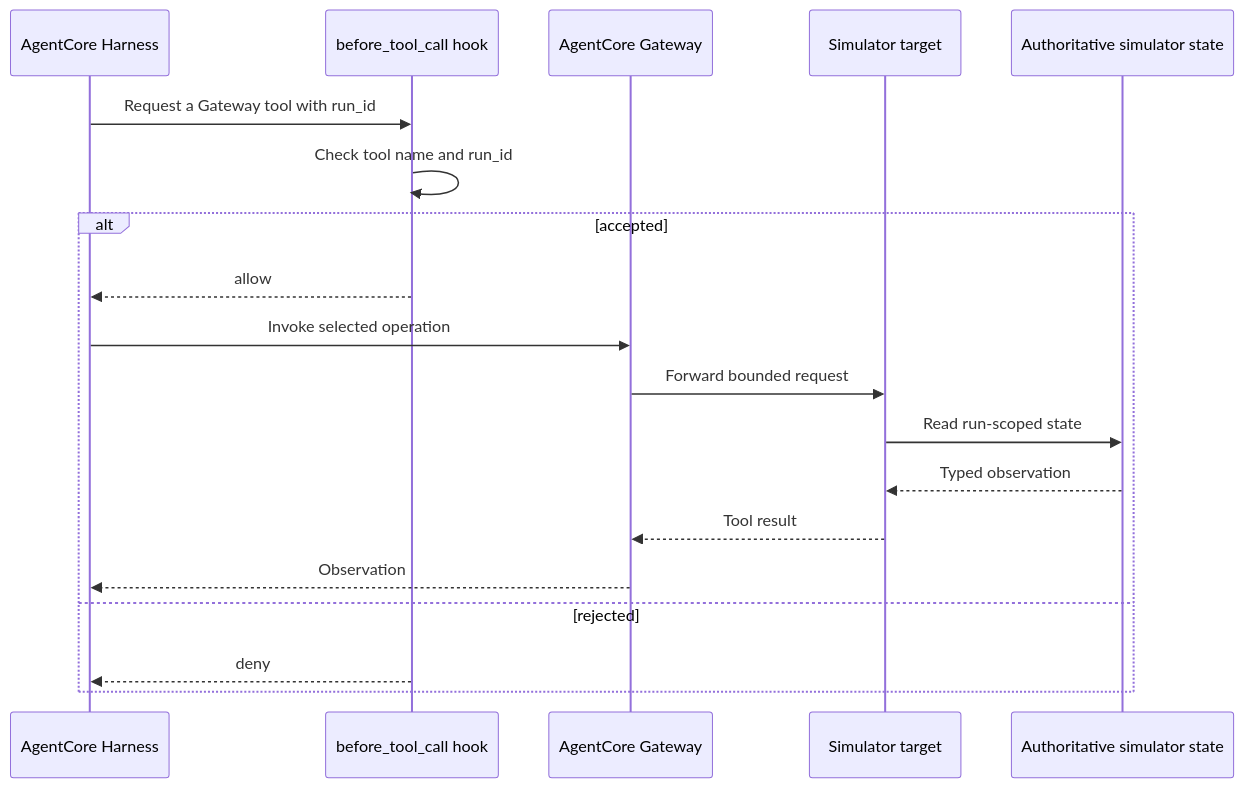
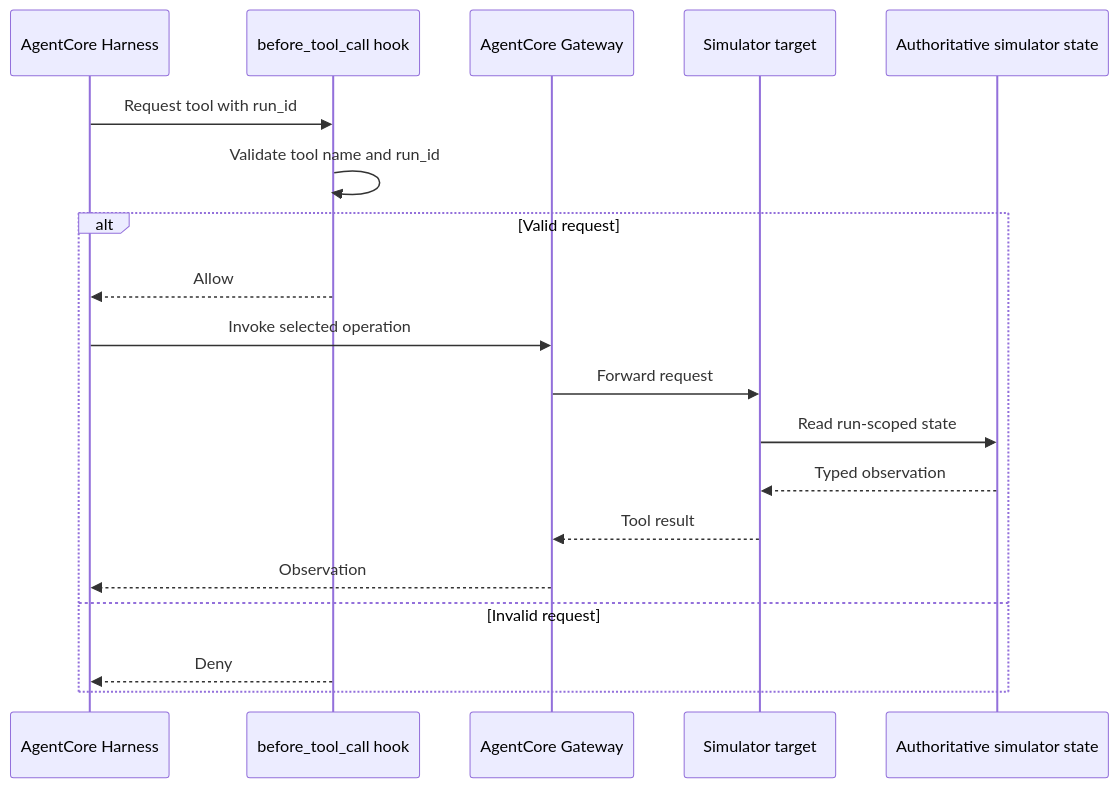
The second of 2 diagrams in TUTORIAL.md (karldthomas/northstar-agent-harness-demo), drawn with Mermaid before and after one commit. The commit also changed other lines of this file and 13 other files, not shown here.

````diff
--- a/TUTORIAL.md
+++ b/TUTORIAL.md
@@ -160,22 +171,23 @@
-~~~mermaid
+```mermaid
 sequenceDiagram
     participant H as AgentCore Harness
     participant L as before_tool_call hook
     participant G as AgentCore Gateway
     participant T as Simulator target
     participant S as Authoritative simulator state
 
-    H->>L: Request a Gateway tool with run_id
-    L->>L: Check tool name and run_id
-    alt accepted
-        L-->>H: allow
+    H->>L: Request tool with run_id
+    L->>L: Validate tool name and run_id
+
+    alt Valid request
+        L-->>H: Allow
         H->>G: Invoke selected operation
-        G->>T: Forward bounded request
+        G->>T: Forward request
         T->>S: Read run-scoped state
         S-->>T: Typed observation
         T-->>G: Tool result
         G-->>H: Observation
-    else rejected
-        L-->>H: deny
+    else Invalid request
+        L-->>H: Deny
     end
-~~~
+```
````
